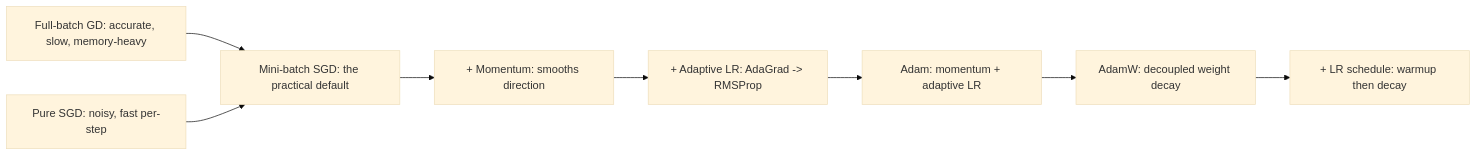
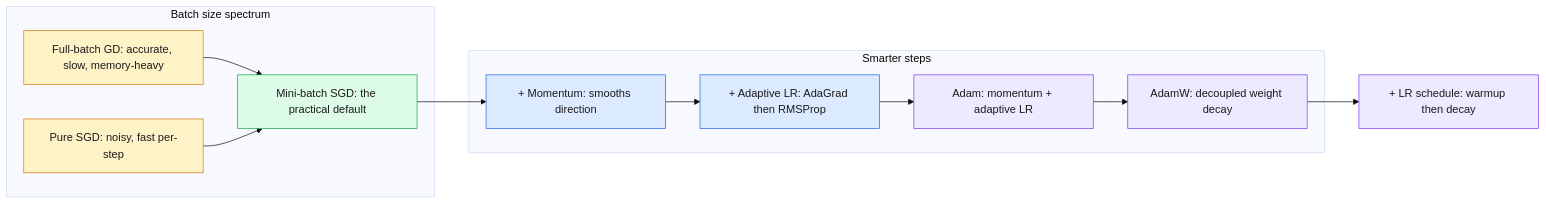
Before and after one commit to bhanu-prakash12/ai-ml-engineer-fundamentals: the diagram in day02_machine_learning/10_ml_optimization/README.md, drawn with Mermaid (base theme). The commit also changed other lines of this file and 68 other files, not shown here.

````diff
--- a/day02_machine_learning/10_ml_optimization/README.md
+++ b/day02_machine_learning/10_ml_optimization/README.md
@@ -35,10 +66,26 @@
 ```mermaid
 flowchart LR
-  A[Full-batch GD: accurate, slow, memory-heavy] --> D[Mini-batch SGD: the practical default]
-  B[Pure SGD: noisy, fast per-step] --> D
-  D --> E[+ Momentum: smooths direction]
-  E --> F[+ Adaptive LR: AdaGrad -> RMSProp]
-  F --> G[Adam: momentum + adaptive LR]
-  G --> H[AdamW: decoupled weight decay]
-  H --> I[+ LR schedule: warmup then decay]
+  subgraph S1["Batch size spectrum"]
+    A["Full-batch GD: accurate, slow, memory-heavy"]
+    B["Pure SGD: noisy, fast per-step"]
+    D["Mini-batch SGD: the practical default"]
+  end
+  subgraph S2["Smarter steps"]
+    E["+ Momentum: smooths direction"]
+    F["+ Adaptive LR: AdaGrad then RMSProp"]
+    G["Adam: momentum + adaptive LR"]
+    H["AdamW: decoupled weight decay"]
+  end
+  I["+ LR schedule: warmup then decay"]
+  A --> D
+  B --> D
+  D --> E --> F --> G --> H --> I
+  classDef data fill:#DBEAFE,stroke:#2563EB,color:#1a1a1a;
+  classDef good fill:#DCFCE7,stroke:#16A34A,color:#1a1a1a;
+  classDef warn fill:#FEF3C7,stroke:#D97706,color:#1a1a1a;
+  classDef adv fill:#EDE9FE,stroke:#7C3AED,color:#1a1a1a;
+  class A,B warn;
+  class D good;
+  class E,F data;
+  class G,H,I adv;
 ```
````
